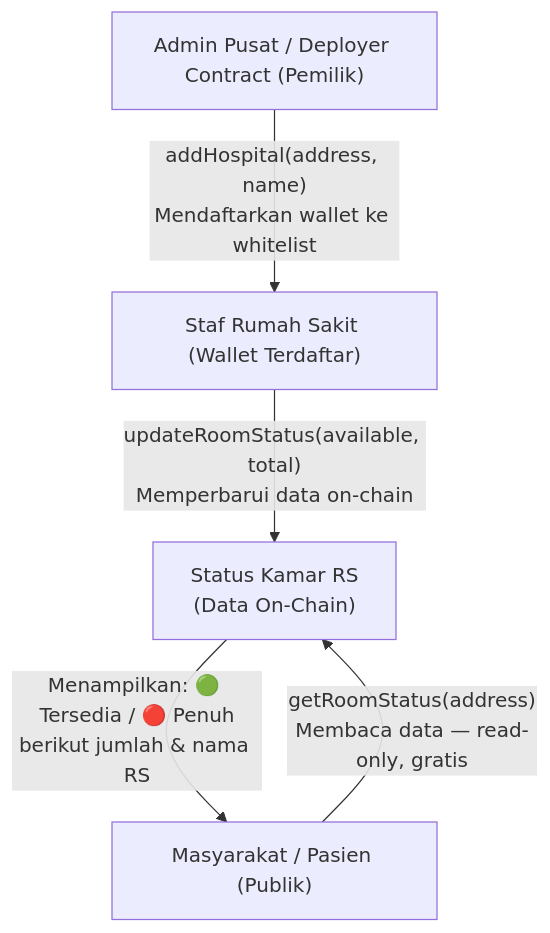
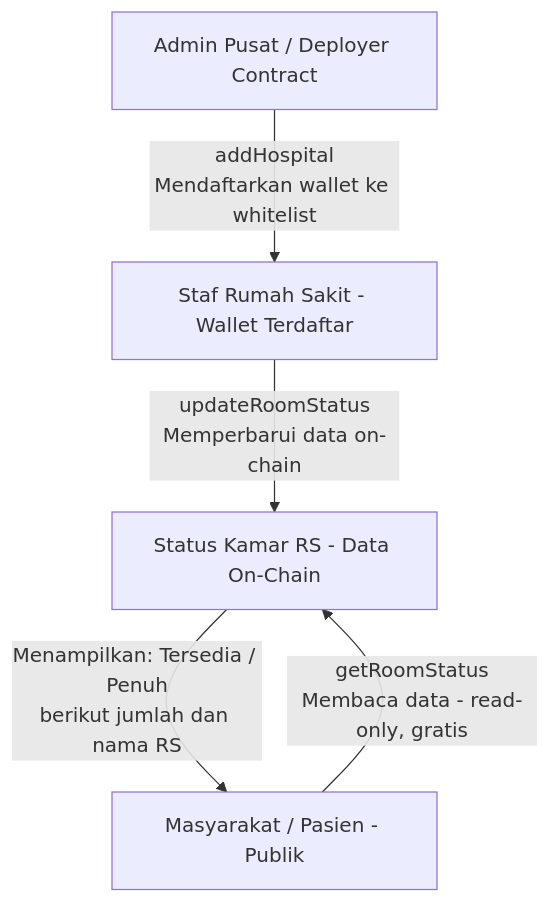
One commit to abuab234/Status-Ketersediaan-Kamar-RS changed the first of 3 diagrams in readme/capstone_blockchain.md. Above: the diagram before and after it, drawn with Mermaid. The commit also changed other lines of this file, not shown here.

Commit message:
Fix: Memperbaiki sintaks diagram Mermaid pada dokumentasi

````diff
--- a/readme/capstone_blockchain.md
+++ b/readme/capstone_blockchain.md
@@ -8,12 +8,12 @@
 ```mermaid
 flowchart TD
-    A["Admin Pusat / Deployer Contract (Pemilik)"]
-    B["Staf Rumah Sakit (Wallet Terdaftar)"]
-    C["Status Kamar RS\n(Data On-Chain)"]
-    D["Masyarakat / Pasien (Publik)"]
+    A["Admin Pusat / Deployer Contract"]
+    B["Staf Rumah Sakit - Wallet Terdaftar"]
+    C["Status Kamar RS - Data On-Chain"]
+    D["Masyarakat / Pasien - Publik"]
 
-    A -->|"addHospital(address, name)\nMendaftarkan wallet ke whitelist"| B
-    B -->|"updateRoomStatus(available, total)\nMemperbarui data on-chain"| C
-    D -->|"getRoomStatus(address)\nMembaca data — read-only, gratis"| C
-    C -->|"Menampilkan: 🟢 Tersedia / 🔴 Penuh\nberikut jumlah & nama RS"| D
+    A -->|"addHospital\nMendaftarkan wallet ke whitelist"| B
+    B -->|"updateRoomStatus\nMemperbarui data on-chain"| C
+    D -->|"getRoomStatus\nMembaca data - read-only, gratis"| C
+    C -->|"Menampilkan: Tersedia / Penuh\nberikut jumlah dan nama RS"| D
 ```
````
